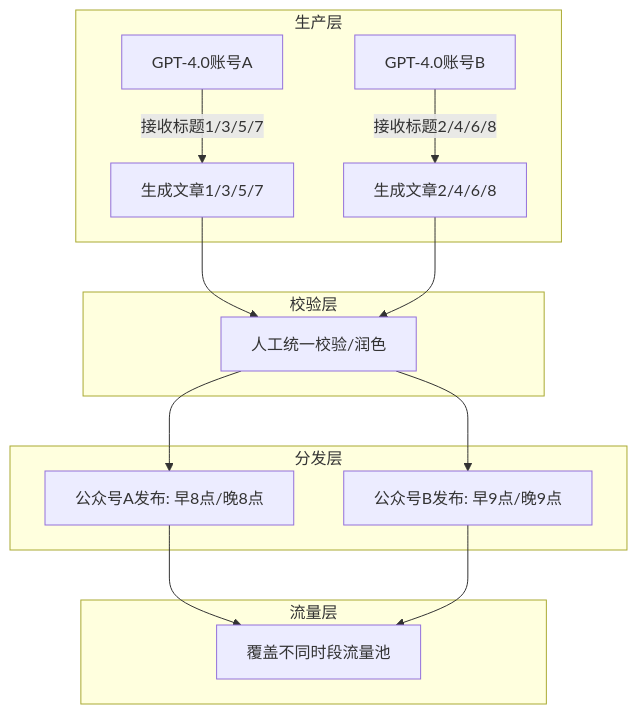
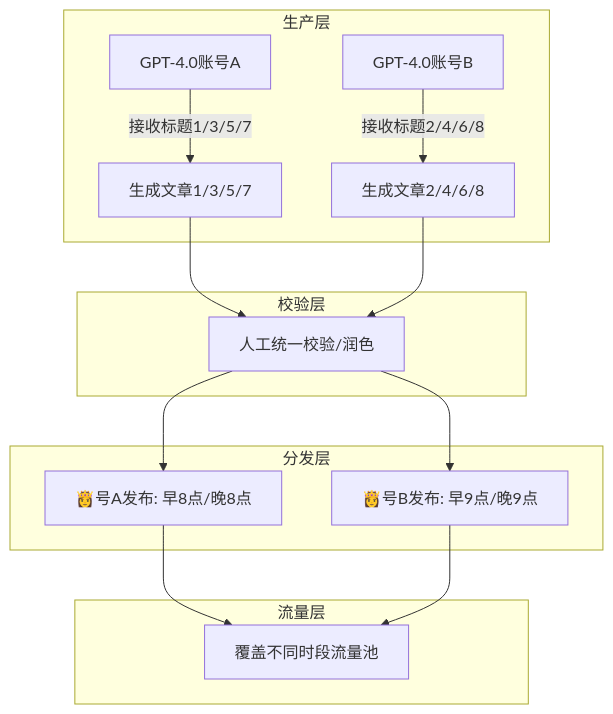
The fourth of 5 diagrams in docs/202305_paper2textbook/asset/body_fix_fd9af903fb1a0423c0d75b92f6d1d389_6dd33926f9e68c5c368ea4c303855d6b_9cdcd60c159544d885dbeab4a47d2688_61da4cbcabdce897aead3d1fdee0a2c4.md (OpenDocCN1/flygon-zhuanqian-zhoubao), drawn with Mermaid before and after one commit. The commit also changed other lines of this file and 6688 other files, not shown here.

````diff
--- a/docs/202305_paper2textbook/asset/body_fix_fd9af903fb1a0423c0d75b92f6d1d389_6dd33926f9e68c5c368ea4c303855d6b_9cdcd60c159544d885dbeab4a47d2688_61da4cbcabdce897aead3d1fdee0a2c4.md
+++ b/docs/202305_paper2textbook/asset/body_fix_fd9af903fb1a0423c0d75b92f6d1d389_6dd33926f9e68c5c368ea4c303855d6b_9cdcd60c159544d885dbeab4a47d2688_61da4cbcabdce897aead3d1fdee0a2c4.md
@@ -223,19 +223,19 @@
 ```mermaid
 flowchart TB
     subgraph 生产层
         A1[GPT-4.0账号A] -->|接收标题1/3/5/7| C1[生成文章1/3/5/7]
         A2[GPT-4.0账号B] -->|接收标题2/4/6/8| C2[生成文章2/4/6/8]
     end
     subgraph 校验层
         C1 --> D[人工统一校验/润色]
         C2 --> D
     end
     subgraph 分发层
-        D --> E1[公众号A发布: 早8点/晚8点]
-        D --> E2[公众号B发布: 早9点/晚9点]
+        D --> E1[👸号A发布: 早8点/晚8点]
+        D --> E2[👸号B发布: 早9点/晚9点]
     end
     subgraph 流量层
         E1 --> F[覆盖不同时段流量池]
         E2 --> F
     end
 ```
````
